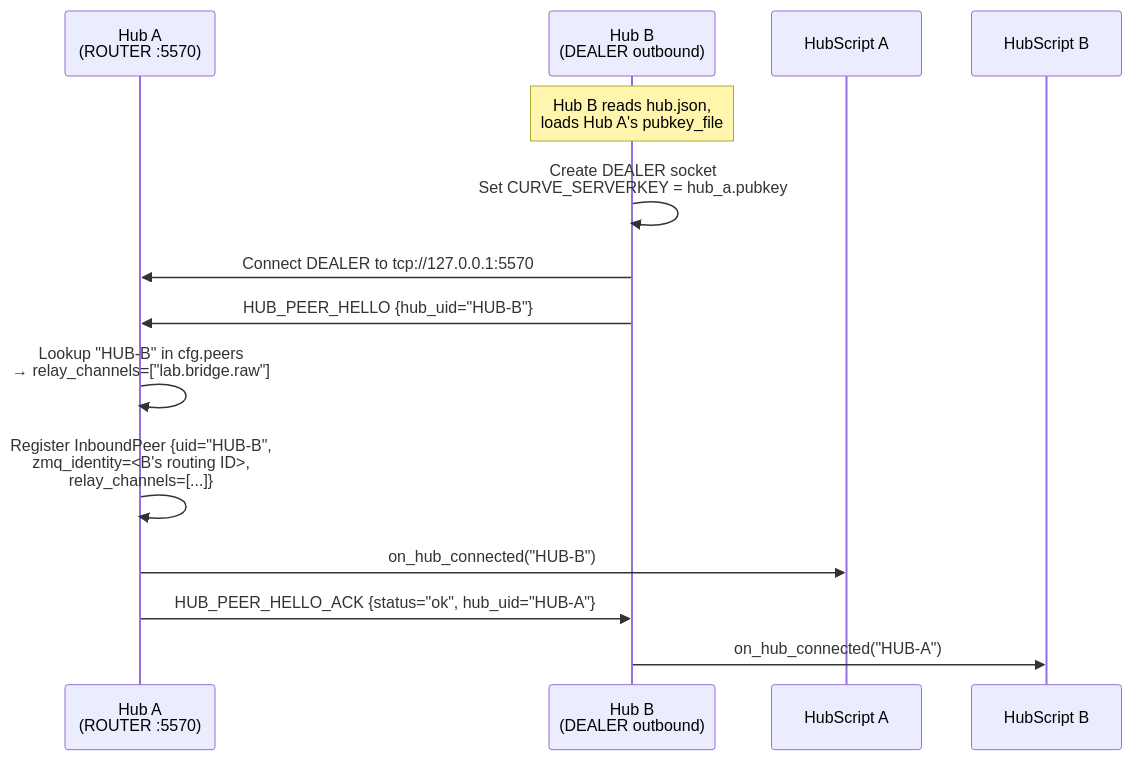
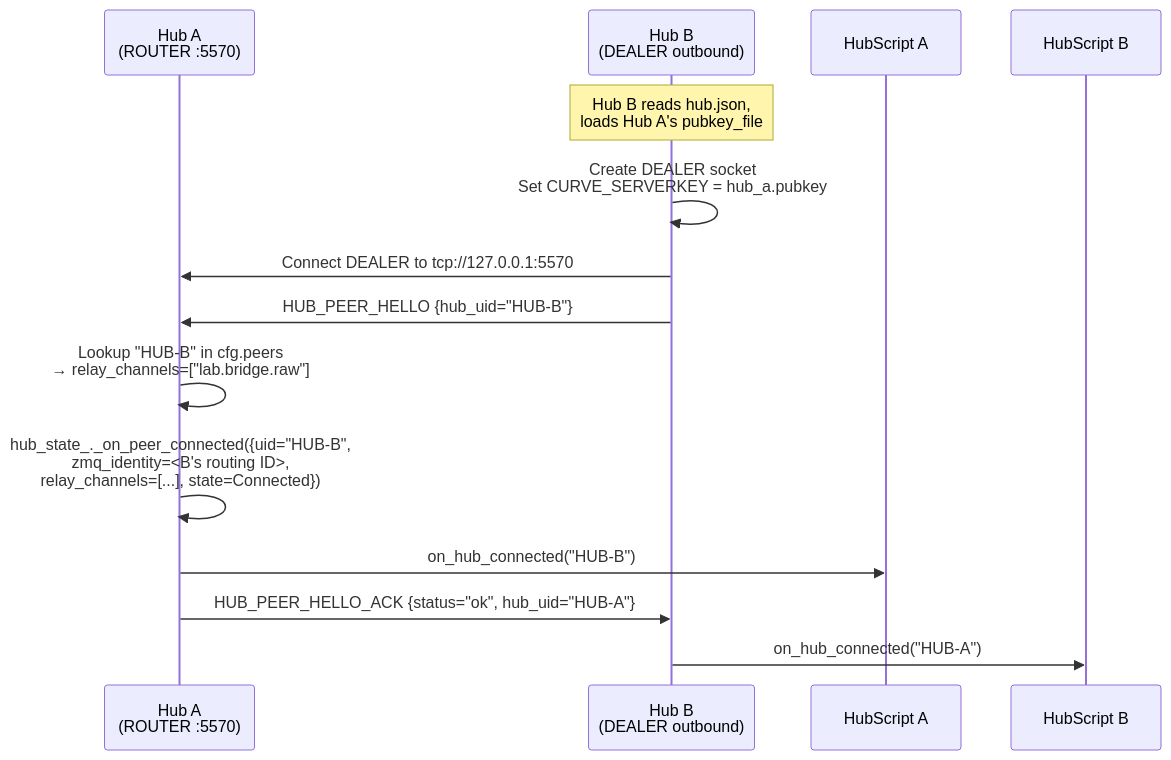
The fourth of 8 diagrams in docs/HEP/HEP-CORE-0022-Hub-Federation-Broadcast.md (Qing-LAB/pylabhub), drawn with Mermaid before and after one commit. The commit also changed other lines of this file, not shown here.

````diff
--- a/docs/HEP/HEP-CORE-0022-Hub-Federation-Broadcast.md
+++ b/docs/HEP/HEP-CORE-0022-Hub-Federation-Broadcast.md
@@ -287,17 +287,17 @@
 ```mermaid
 sequenceDiagram
     participant HA as Hub A<br/>(ROUTER :5570)
     participant HB as Hub B<br/>(DEALER outbound)
     participant HSA as HubScript A
     participant HSB as HubScript B
 
     Note over HB: Hub B reads hub.json,<br/>loads Hub A's pubkey_file
     HB->>HB: Create DEALER socket<br/>Set CURVE_SERVERKEY = hub_a.pubkey
     HB->>HA: Connect DEALER to tcp://127.0.0.1:5570
     HB->>HA: HUB_PEER_HELLO {hub_uid="HUB-B"}
     HA->>HA: Lookup "HUB-B" in cfg.peers<br/>→ relay_channels=["lab.bridge.raw"]
-    HA->>HA: Register InboundPeer {uid="HUB-B",<br/>zmq_identity=<B's routing ID>,<br/>relay_channels=[...]}
+    HA->>HA: hub_state_._on_peer_connected({uid="HUB-B",<br/>zmq_identity=<B's routing ID>,<br/>relay_channels=[...], state=Connected})
     HA->>HSA: on_hub_connected("HUB-B")
     HA->>HB: HUB_PEER_HELLO_ACK {status="ok", hub_uid="HUB-A"}
     HB->>HSB: on_hub_connected("HUB-A")
 ```
````
